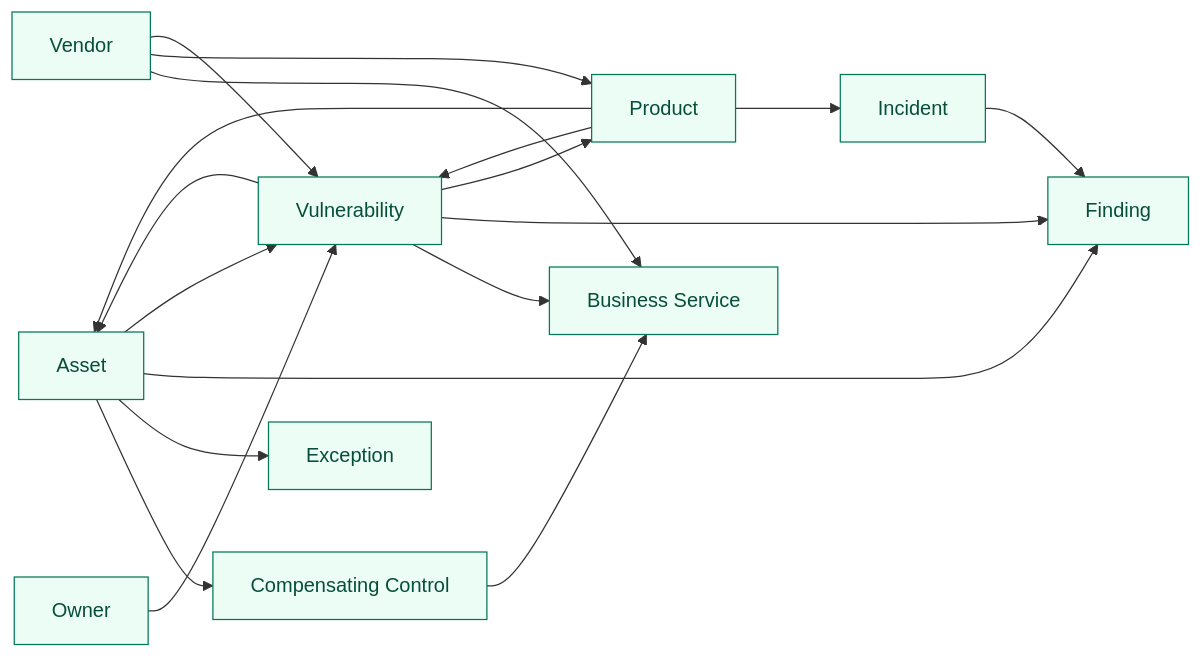
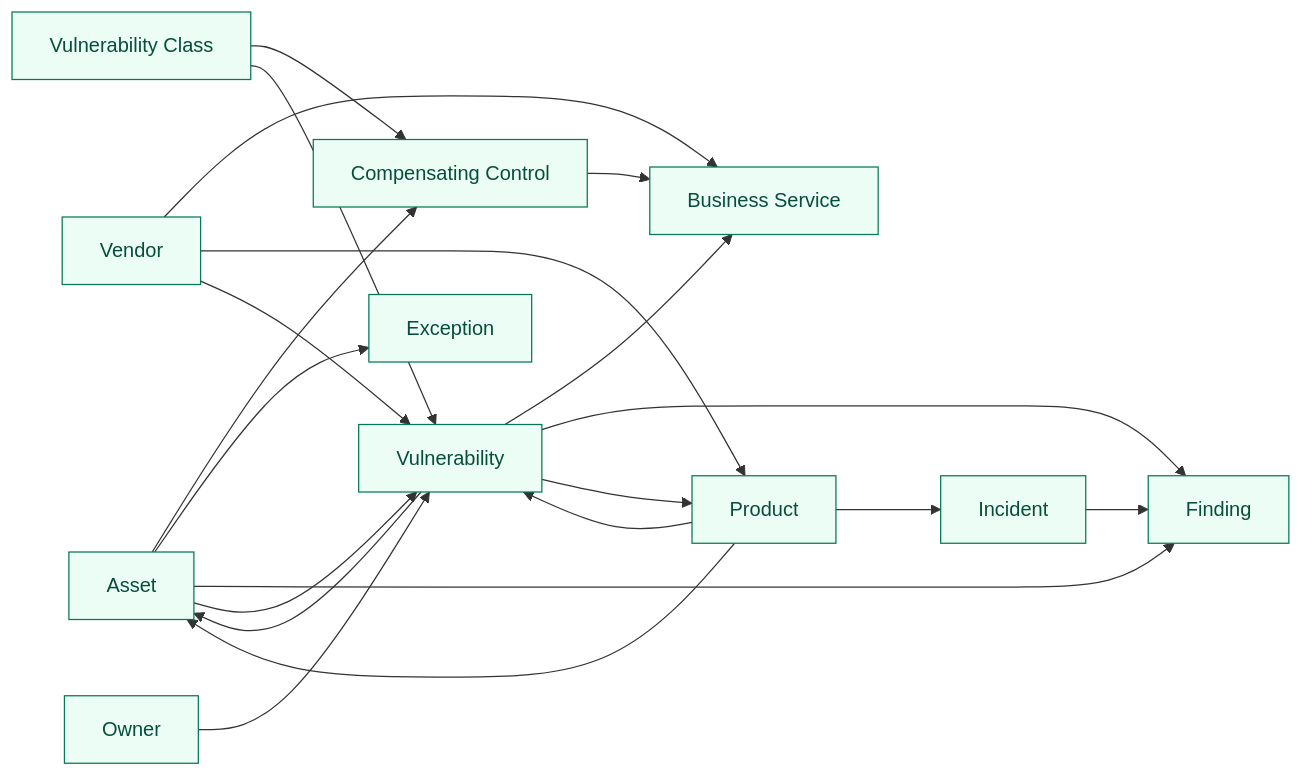
Before and after one commit to cruxible-ai/cruxible: the third of 3 diagrams in kits/kev-triage/README.md, drawn with Mermaid. The commit also changed other lines of this file and 7 other files, not shown here.

````diff
--- a/kits/kev-triage/README.md
+++ b/kits/kev-triage/README.md
@@ -201,33 +247,36 @@
 ```mermaid
 flowchart LR
   classDef queryEntity fill:#ecfdf5,stroke:#047857,color:#064e3b
 
   query_entity_Asset["Asset"]
   query_entity_BusinessService["Business Service"]
   query_entity_CompensatingControl["Compensating Control"]
   query_entity_Exception["Exception"]
   query_entity_Finding["Finding"]
   query_entity_Incident["Incident"]
   query_entity_Owner["Owner"]
   query_entity_Product["Product"]
   query_entity_Vendor["Vendor"]
   query_entity_Vulnerability["Vulnerability"]
-  class query_entity_Asset,query_entity_BusinessService,query_entity_CompensatingControl,query_entity_Exception,query_entity_Finding,query_entity_Incident,query_entity_Owner,query_entity_Product,query_entity_Vendor,query_entity_Vulnerability queryEntity
+  query_entity_VulnerabilityClass["Vulnerability Class"]
+  class query_entity_Asset,query_entity_BusinessService,query_entity_CompensatingControl,query_entity_Exception,query_entity_Finding,query_entity_Incident,query_entity_Owner,query_entity_Product,query_entity_Vendor,query_entity_Vulnerability,query_entity_VulnerabilityClass queryEntity
   query_entity_Asset --> query_entity_CompensatingControl
   query_entity_Asset --> query_entity_Exception
   query_entity_Asset --> query_entity_Finding
   query_entity_Asset --> query_entity_Vulnerability
   query_entity_CompensatingControl --> query_entity_BusinessService
   query_entity_Incident --> query_entity_Finding
   query_entity_Owner --> query_entity_Vulnerability
   query_entity_Product --> query_entity_Asset
   query_entity_Product --> query_entity_Incident
   query_entity_Product --> query_entity_Vulnerability
   query_entity_Vendor --> query_entity_BusinessService
   query_entity_Vendor --> query_entity_Product
   query_entity_Vendor --> query_entity_Vulnerability
   query_entity_Vulnerability --> query_entity_Asset
   query_entity_Vulnerability --> query_entity_BusinessService
   query_entity_Vulnerability --> query_entity_Finding
   query_entity_Vulnerability --> query_entity_Product
+  query_entity_VulnerabilityClass --> query_entity_CompensatingControl
+  query_entity_VulnerabilityClass --> query_entity_Vulnerability
 ```
````
